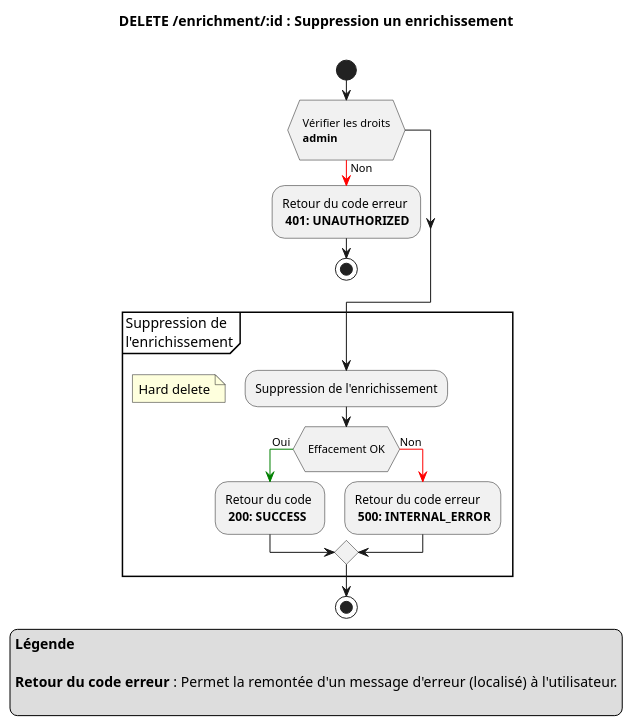
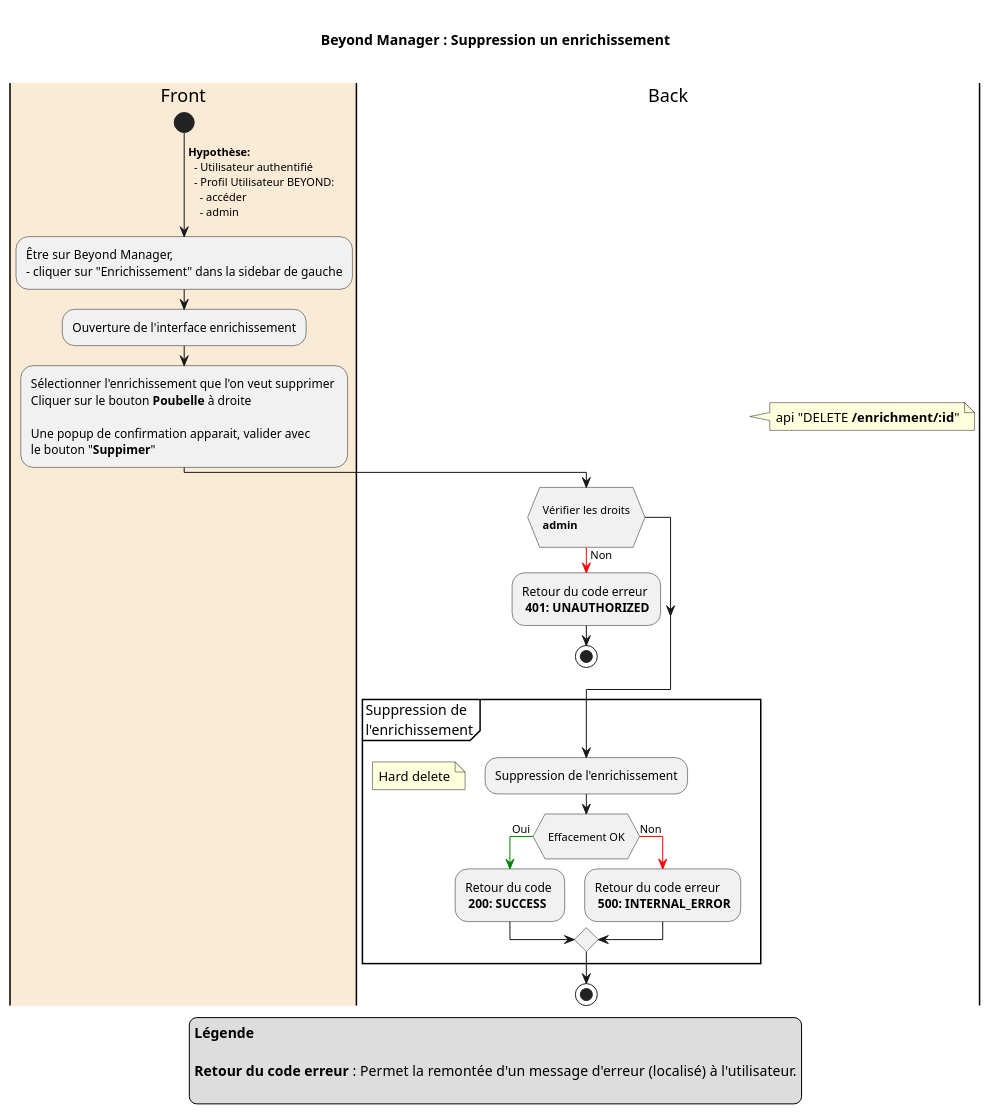
Before and after one commit to cogirep/documentation: the diagram in 01.byd-DataFactory/1.ArchitectureDossier/images/enrichment_delete.puml, drawn with PlantUML. The commit also changed 22 other files, not shown here.

Commit message:
doc: activity diagram idcard and enrichment

```diff
--- a/01.byd-DataFactory/1.ArchitectureDossier/images/enrichment_delete.puml
+++ b/01.byd-DataFactory/1.ArchitectureDossier/images/enrichment_delete.puml
@@ -1,35 +1,47 @@
-@startuml
+@startuml enrichment_delete
 
 title
-DELETE **/enrichment/:id** : Suppression un enrichissement
+
+Beyond Manager : Suppression un enrichissement
 
 end title
 
+|#AntiqueWhite| Front |
 start
+->  **Hypothèse:** \n  - Utilisateur authentifié \n  - Profil Utilisateur BEYOND:  \n    - accéder \n    - admin ;
+
+-Être sur Beyond Manager, \n- cliquer sur "Enrichissement" dans la sidebar de gauche
+-Ouverture de l'interface enrichissement
+-Sélectionner l'enrichissement que l'on veut supprimer \nCliquer sur le bouton **Poubelle** à droite \n\nUne popup de confirmation apparait, valider avec \nle bouton "**Suppimer**"
+
+| Back |
+note right
+  api "DELETE **/enrichment/:id**"
+end note
 if ( \n Vérifier les droits \n **admin** \n)
 -[#red]-> Non ;
 -Retour du code erreur \n **401: UNAUTHORIZED**
 stop
 endif
 
 partition "Suppression de \nl'enrichissement" {
     -Suppression de l'enrichissement
     floating note left: Hard delete
     if ( \n Effacement OK \n )
     -[#green]-> Oui ;
     -Retour du code \n **200: SUCCESS**
     else
     -[#red]-> Non ;
     -Retour du code erreur \n **500: INTERNAL_ERROR**
     endif
 }
 stop
 
 legend 
 **Légende**
 
 **Retour du code erreur** : Permet la remontée d'un message d'erreur (localisé) à l'utilisateur.
 
 endlegend
 
 @enduml
```
